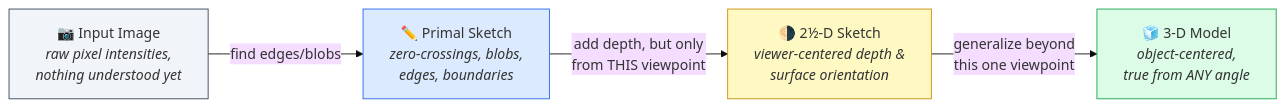
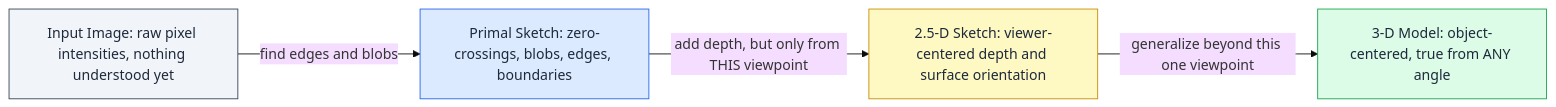
The sixth of 10 diagrams in CV-NLP/Lec_01_Introduction/README.md (rpaut03l/TS-02-03), drawn with Mermaid (base theme) before and after one commit. The commit also changed other lines of this file and 4 other files, not shown here.

Commit message:
Fix ASCII diagram width (max 63 chars, no more wrapping) and Mermaid dark-mode contrast

````diff
--- a/CV-NLP/Lec_01_Introduction/README.md
+++ b/CV-NLP/Lec_01_Introduction/README.md
@@ -83,11 +104,11 @@
 ```mermaid
 flowchart LR
-    A["📷 Input Image<br/><i>raw pixel intensities,<br/>nothing understood yet</i>"] -->|"find edges/blobs"| B["✏️ Primal Sketch<br/><i>zero-crossings, blobs,<br/>edges, boundaries</i>"]
-    B -->|"add depth, but only<br/>from THIS viewpoint"| C["🌗 2½-D Sketch<br/><i>viewer-centered depth &amp;<br/>surface orientation</i>"]
-    C -->|"generalize beyond<br/>this one viewpoint"| D["🧊 3-D Model<br/><i>object-centered,<br/>true from ANY angle</i>"]
+    A[Input Image: raw pixel intensities, nothing understood yet] -->|find edges and blobs| B[Primal Sketch: zero-crossings, blobs, edges, boundaries]
+    B -->|add depth, but only from THIS viewpoint| C[2.5-D Sketch: viewer-centered depth and surface orientation]
+    C -->|generalize beyond this one viewpoint| D[3-D Model: object-centered, true from ANY angle]
 
-    style A fill:#f1f5f9,stroke:#334155
-    style B fill:#dbeafe,stroke:#2563eb
-    style C fill:#fef9c3,stroke:#ca8a04
-    style D fill:#dcfce7,stroke:#16a34a
+    style A fill:#f1f5f9,stroke:#334155,color:#1e293b
+    style B fill:#dbeafe,stroke:#2563eb,color:#1e293b
+    style C fill:#fef9c3,stroke:#ca8a04,color:#1e293b
+    style D fill:#dcfce7,stroke:#16a34a,color:#1e293b
 ```
````
